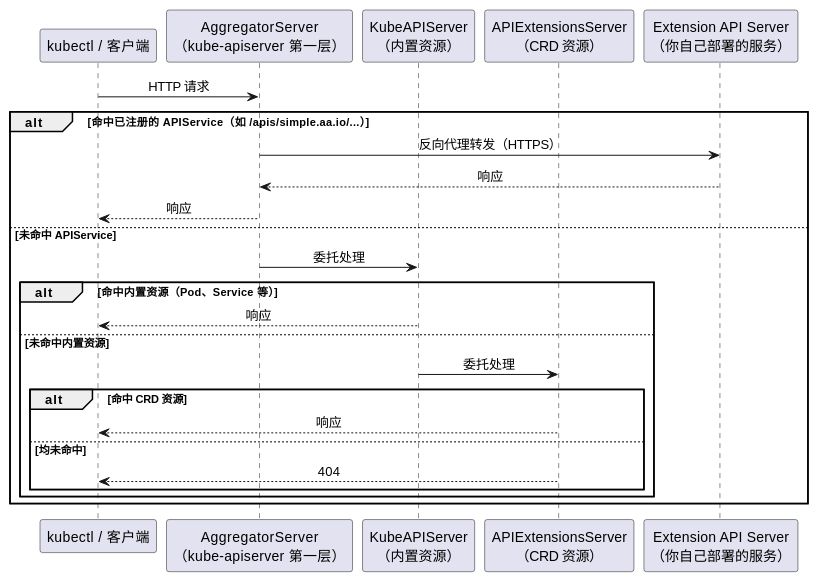
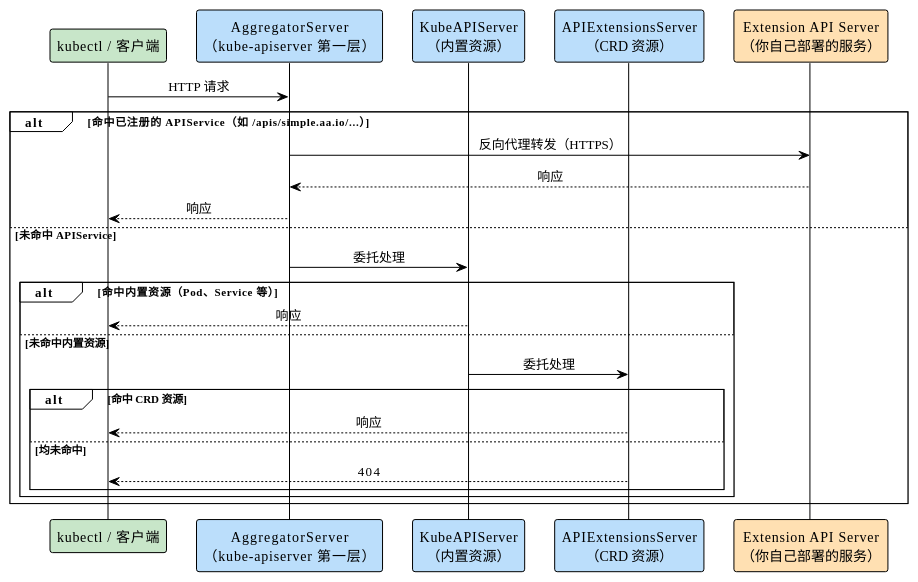
One commit to togettoyou/kubernetes-src-notes changed the first of 4 diagrams in content/extensions/api-aggregation.md. Above: the diagram before and after it, drawn with PlantUML. The commit also changed other lines of this file, not shown here.

````diff
--- a/content/extensions/api-aggregation.md
+++ b/content/extensions/api-aggregation.md
@@ -32,33 +32,34 @@
 ```plantuml
 @startuml
+!theme plain
 skinparam sequenceMessageAlign center
 skinparam responseMessageBelowArrow true
 skinparam defaultTextAlignment center
 
-participant "kubectl / 客户端" as client
-participant "AggregatorServer\n（kube-apiserver 第一层）" as agg
-participant "KubeAPIServer\n（内置资源）" as core
-participant "APIExtensionsServer\n（CRD 资源）" as ext
-participant "Extension API Server\n（你自己部署的服务）" as aa
+participant "kubectl / 客户端" as client #C8E6C9
+participant "AggregatorServer\n（kube-apiserver 第一层）" as agg #BBDEFB
+participant "KubeAPIServer\n（内置资源）" as core #BBDEFB
+participant "APIExtensionsServer\n（CRD 资源）" as ext #BBDEFB
+participant "Extension API Server\n（你自己部署的服务）" as aa #FFE0B2
 
 client -> agg : HTTP 请求
 
 alt 命中已注册的 APIService（如 /apis/simple.aa.io/...）
     agg -> aa : 反向代理转发（HTTPS）
     aa --> agg : 响应
     agg --> client : 响应
 else 未命中 APIService
     agg -> core : 委托处理
     alt 命中内置资源（Pod、Service 等）
         core --> client : 响应
     else 未命中内置资源
         core -> ext : 委托处理
         alt 命中 CRD 资源
             ext --> client : 响应
         else 均未命中
             ext --> client : 404
         end
     end
 end
 @enduml
 ```
````
